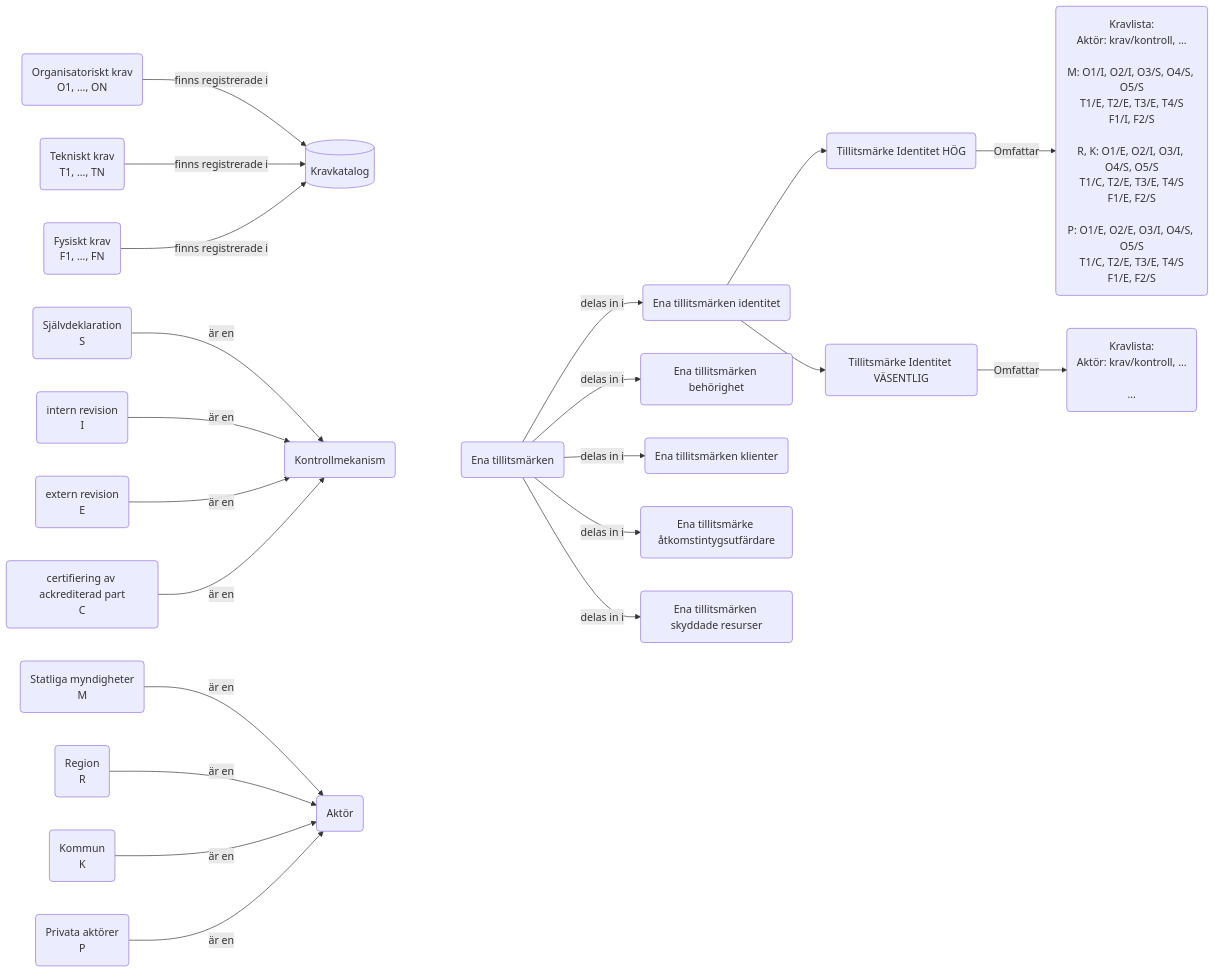
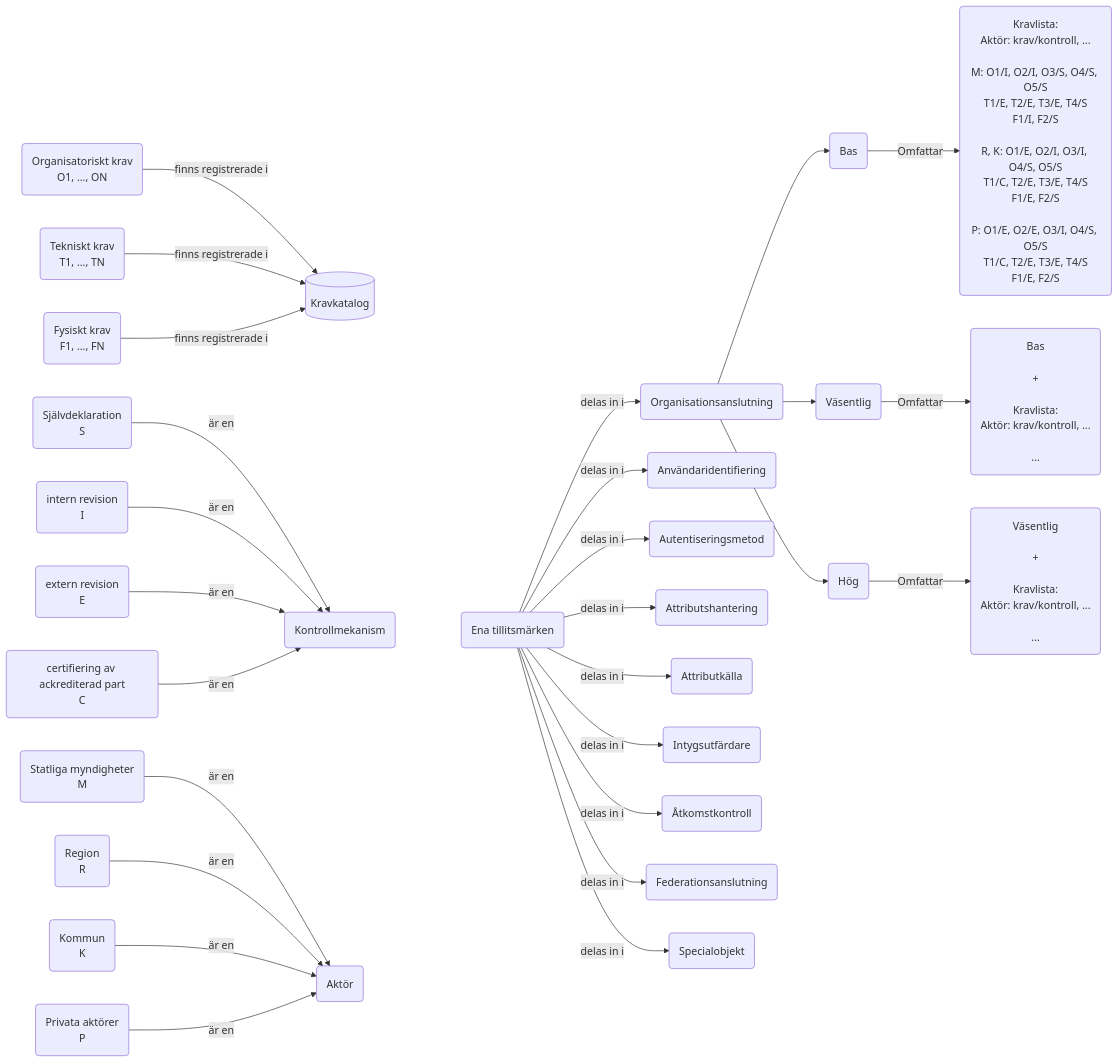
The diagram in tillitsmodell/arkitekturell_modell.md (diggsweden/ena-authorization), drawn with Mermaid before and after one commit.

Commit message:
Ändrat från tillitsmärken per komponenttyp till per funktionsobjekt

````diff
--- a/tillitsmodell/arkitekturell_modell.md
+++ b/tillitsmodell/arkitekturell_modell.md
@@ -9,46 +9,61 @@
 ```mermaid
 graph LR
 
 %% ---- KRAV ---- %%
 ok(Organisatoriskt krav<br>O1, ..., ON)
 tk(Tekniskt krav<br>T1, ..., TN)
 fk(Fysiskt krav<br>F1, ..., FN)
 kk[(Kravkatalog)]
 ok & tk & fk --finns registrerade i -->kk
 
 %% ---- EFTERLEVNADSKONTROLL ---- %%
 elk(Kontrollmekanism)
 sr(Självdeklaration<br>S)
 ir(intern revision<br>I)
 er(extern revision<br>E)
 ar(certifiering av ackrediterad part<br>C)
 sr & ir & er & ar --är en -->elk
 
 %% ---- AKTÖRER ---- %%
 a(Aktör)
 m(Statliga myndigheter<br>M)
 r(Region<br>R)
 k(Kommun<br>K)
 p(Privata aktörer<br>P)
 m & r & k & p --är en-->a
 
+%% ---- FUNKTIONSOBJEKT ---- %%
+etoa(Organisationsanslutning)
+etai(Användaridentifiering)
+etam(Autentiseringsmetod)
+etah(Attributshantering)
+etak(Attributkälla)
+etiu(Intygsutfärdare)
+etåk(Åtkomstkontroll)
+etfa(Federationsanslutning)
+etso(Specialobjekt)
+
+et --delas in i-->etai & etam & etah & etak & etiu & etåk & etfa & etoa & etso
+%% ---- %%
+
 %% ---- TILLITSMÄRKEN ---- %%
 et(Ena tillitsmärken)
-etid(Ena tillitsmärken identitet)
-etb(Ena tillitsmärken behörighet)
-etc(Ena tillitsmärken klienter)
-etas(Ena tillitsmärke åtkomstintygsutfärdare)
-etsr(Ena tillitsmärken skyddade resurser)
+%%etid(Ena tillitsmärken identitet)
+%%etb(Ena tillitsmärken behörighet)
+%%etc(Ena tillitsmärken klienter)
+%%etas(Ena tillitsmärke åtkomstintygsutfärdare)
+%%etsr(Ena tillitsmärken skyddade resurser)
+%%tid-hög(Tillitsmärke Identitet HÖG)
+%%tid-väs(Tillitsmärke Identitet VÄSENTLIG)
 
-tid-hög(Tillitsmärke Identitet HÖG)
-tid-väs(Tillitsmärke Identitet VÄSENTLIG)
+etoa-->tid-bas(Bas) & tid-väs(Väsentlig) & tid-hög(Hög) 
+%%et--delas in i-->etid & etb & etc & etas & etsr
 
-etid-->tid-hög & tid-väs
+tid-bas --Omfattar-->kid-bas(Kravlista:<br>Aktör: krav/kontroll, ...<br><br>M: O1/I, O2/I, O3/S, O4/S, O5/S<br>T1/E, T2/E, T3/E, T4/S<br>F1/I, F2/S<br><br>R, K: O1/E, O2/I, O3/I, O4/S, O5/S<br>T1/C, T2/E, T3/E, T4/S<br>F1/E, F2/S<br><br>P: O1/E, O2/E, O3/I, O4/S, O5/S<br>T1/C, T2/E, T3/E, T4/S<br>F1/E, F2/S<br>)
 
-et--delas in i-->etid & etb & etc & etas & etsr
+tid-väs --Omfattar-->kid-väs(Bas<br><br>+<br><br>Kravlista:<br>Aktör: krav/kontroll, ...<br><br>...)
 
-tid-hög --Omfattar-->kid-hög(Kravlista:<br>Aktör: krav/kontroll, ...<br><br>M: O1/I, O2/I, O3/S, O4/S, O5/S<br>T1/E, T2/E, T3/E, T4/S<br>F1/I, F2/S<br><br>R, K: O1/E, O2/I, O3/I, O4/S, O5/S<br>T1/C, T2/E, T3/E, T4/S<br>F1/E, F2/S<br><br>P: O1/E, O2/E, O3/I, O4/S, O5/S<br>T1/C, T2/E, T3/E, T4/S<br>F1/E, F2/S<br>)
+tid-hög --Omfattar-->kid-hög(Väsentlig<br><br>+<br><br>Kravlista:<br>Aktör: krav/kontroll, ...<br><br>...)
 
-tid-väs --Omfattar-->kid-väs(Kravlista:<br>Aktör: krav/kontroll, ...<br><br>...)
 elk~~~~et
 ```
````
